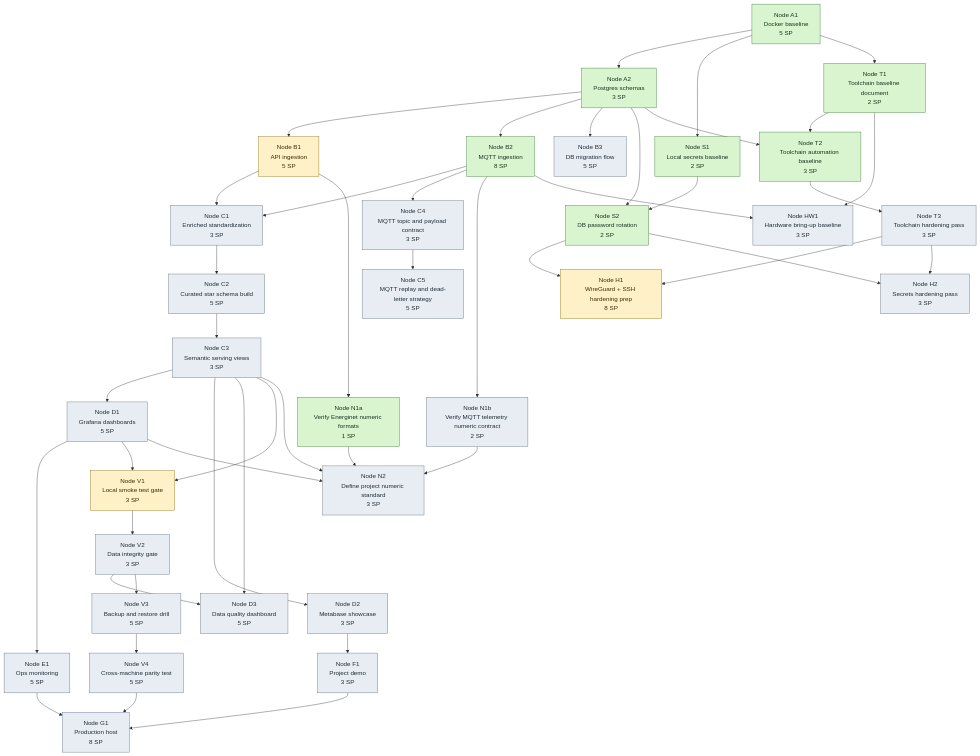
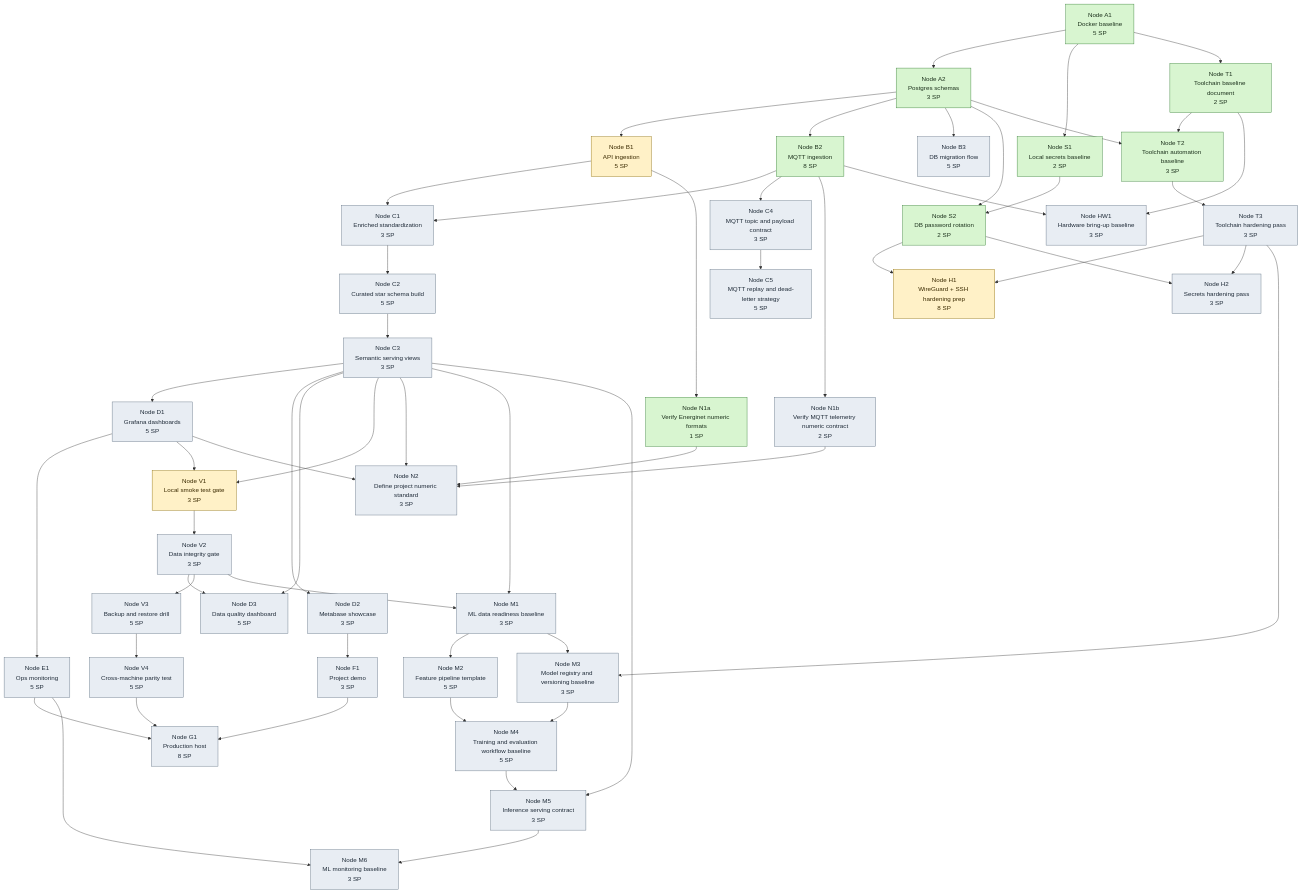
The diagram in docs/architecture/diagrams/tech-tree.mmd (EnTekLasse/commons-anchor), drawn with Mermaid before and after one commit. The commit also changed 25 other files, not shown here.

```diff
--- a/docs/architecture/diagrams/tech-tree.mmd
+++ b/docs/architecture/diagrams/tech-tree.mmd
@@ -1,112 +1,135 @@
 %% AUTO-GENERATED FROM docs/architecture/diagram-model.json
 flowchart TD
   A1[Node A1<br/>Docker baseline<br/>5 SP]
   A2[Node A2<br/>Postgres schemas<br/>3 SP]
   B1[Node B1<br/>API ingestion<br/>5 SP]
   B2[Node B2<br/>MQTT ingestion<br/>8 SP]
   B3[Node B3<br/>DB migration flow<br/>5 SP]
   C1[Node C1<br/>Enriched standardization<br/>3 SP]
   C2[Node C2<br/>Curated star schema build<br/>5 SP]
   C3[Node C3<br/>Semantic serving views<br/>3 SP]
   C4[Node C4<br/>MQTT topic and payload contract<br/>3 SP]
   C5[Node C5<br/>MQTT replay and dead-letter strategy<br/>5 SP]
   D1[Node D1<br/>Grafana dashboards<br/>5 SP]
   D2[Node D2<br/>Metabase showcase<br/>3 SP]
   D3[Node D3<br/>Data quality dashboard<br/>5 SP]
   E1[Node E1<br/>Ops monitoring<br/>5 SP]
   F1[Node F1<br/>Project demo<br/>3 SP]
   V1[Node V1<br/>Local smoke test gate<br/>3 SP]
   V2[Node V2<br/>Data integrity gate<br/>3 SP]
   V3[Node V3<br/>Backup and restore drill<br/>5 SP]
   V4[Node V4<br/>Cross-machine parity test<br/>5 SP]
   G1[Node G1<br/>Production host<br/>8 SP]
   S1[Node S1<br/>Local secrets baseline<br/>2 SP]
   S2[Node S2<br/>DB password rotation<br/>2 SP]
   N1a[Node N1a<br/>Verify Energinet numeric formats<br/>1 SP]
   N1b[Node N1b<br/>Verify MQTT telemetry numeric contract<br/>2 SP]
   N2[Node N2<br/>Define project numeric standard<br/>3 SP]
   H1[Node H1<br/>WireGuard + SSH hardening prep<br/>8 SP]
   H2[Node H2<br/>Secrets hardening pass<br/>3 SP]
   T1[Node T1<br/>Toolchain baseline document<br/>2 SP]
   T2[Node T2<br/>Toolchain automation baseline<br/>3 SP]
   T3[Node T3<br/>Toolchain hardening pass<br/>3 SP]
   HW1[Node HW1<br/>Hardware bring-up baseline<br/>3 SP]
+  M1[Node M1<br/>ML data readiness baseline<br/>3 SP]
+  M2[Node M2<br/>Feature pipeline template<br/>5 SP]
+  M3[Node M3<br/>Model registry and versioning baseline<br/>3 SP]
+  M4[Node M4<br/>Training and evaluation workflow baseline<br/>5 SP]
+  M5[Node M5<br/>Inference serving contract<br/>3 SP]
+  M6[Node M6<br/>ML monitoring baseline<br/>3 SP]
 
   A1 --> A2
   A2 --> B1
   A2 --> B2
   A2 --> B3
   B1 --> C1
   B2 --> C1
   C1 --> C2
   C2 --> C3
   B2 --> C4
   C4 --> C5
   C3 --> D1
   C3 --> D2
   C3 --> D3
   V2 --> D3
   D1 --> E1
   D2 --> F1
   C3 --> V1
   D1 --> V1
   V1 --> V2
   V2 --> V3
   V3 --> V4
   E1 --> G1
   F1 --> G1
   V4 --> G1
   A1 --> S1
   S1 --> S2
   A2 --> S2
   B1 --> N1a
   B2 --> N1b
   N1a --> N2
   N1b --> N2
   C3 --> N2
   D1 --> N2
   S2 --> H1
   T3 --> H1
   S2 --> H2
   T3 --> H2
   A1 --> T1
   T1 --> T2
   A2 --> T2
   T2 --> T3
   B2 --> HW1
   T1 --> HW1
+  C3 --> M1
+  V2 --> M1
+  M1 --> M2
+  M1 --> M3
+  T3 --> M3
+  M2 --> M4
+  M3 --> M4
+  M4 --> M5
+  C3 --> M5
+  M5 --> M6
+  E1 --> M6
 
   classDef done fill:#d8f5d0,stroke:#2f7a2f,stroke-width:1px,color:#1c311c
   classDef inProgress fill:#fff1c7,stroke:#8a6a00,stroke-width:1px,color:#3a2a00
   classDef backlog fill:#e8edf3,stroke:#5a6b7d,stroke-width:1px,color:#1f2b38
   class A1 done
   class A2 done
   class B1 inProgress
   class B2 done
   class B3 backlog
   class C1 backlog
   class C2 backlog
   class C3 backlog
   class C4 backlog
   class C5 backlog
   class D1 backlog
   class D2 backlog
   class D3 backlog
   class E1 backlog
   class F1 backlog
   class V1 inProgress
   class V2 backlog
   class V3 backlog
   class V4 backlog
   class G1 backlog
   class S1 done
   class S2 done
   class N1a done
   class N1b backlog
   class N2 backlog
   class H1 inProgress
   class H2 backlog
   class T1 done
   class T2 done
   class T3 backlog
   class HW1 backlog
+  class M1 backlog
+  class M2 backlog
+  class M3 backlog
+  class M4 backlog
+  class M5 backlog
+  class M6 backlog
```
